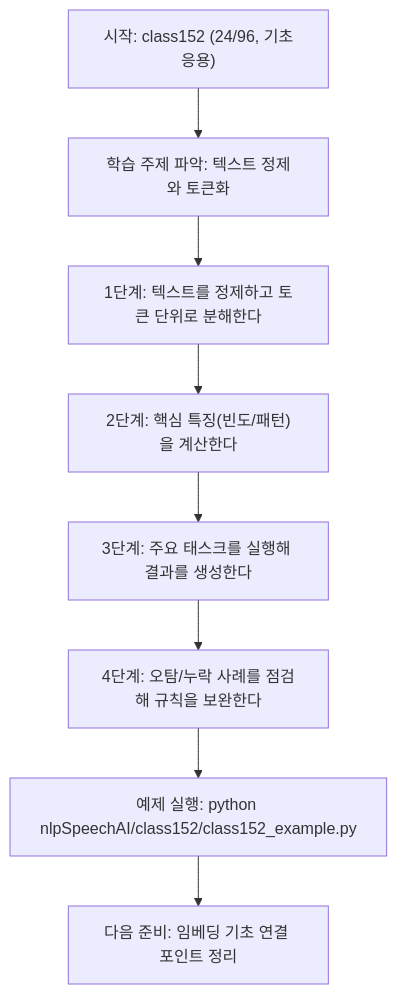
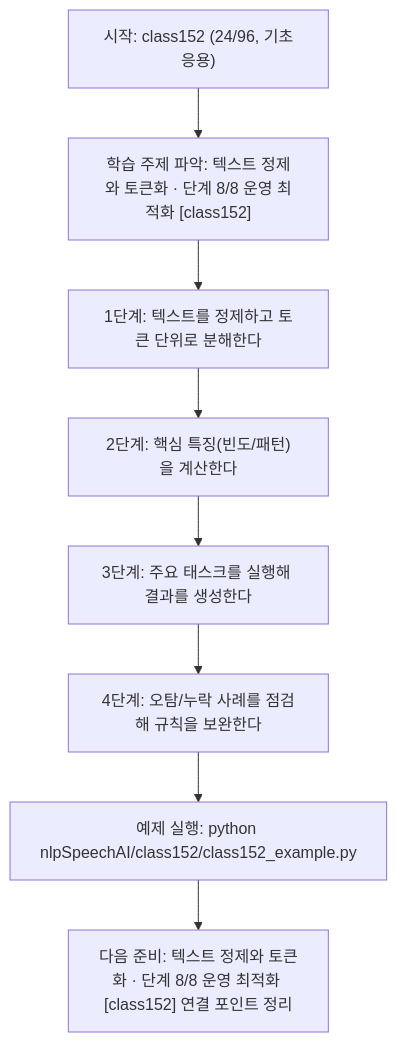
Before and after one commit to edumgt/Python-AI_Agent-Class: the diagram in nlpSpeechAI/class152/class152.md, drawn with Mermaid. The commit also changed other lines of this file and 522 other files, not shown here.

````diff
--- a/nlpSpeechAI/class152/class152.md
+++ b/nlpSpeechAI/class152/class152.md
@@ -113,18 +114,18 @@
 ```mermaid
 flowchart TD
 N1["시작: class152 (24/96, 기초응용)"]
-N2["학습 주제 파악: 텍스트 정제와 토큰화"]
+N2["학습 주제 파악: 텍스트 정제와 토큰화 · 단계 8/8 운영 최적화 [class152]"]
 N3["1단계: 텍스트를 정제하고 토큰 단위로 분해한다"]
 N4["2단계: 핵심 특징(빈도/패턴)을 계산한다"]
 N5["3단계: 주요 태스크를 실행해 결과를 생성한다"]
 N6["4단계: 오탐/누락 사례를 점검해 규칙을 보완한다"]
 N7["예제 실행: python nlpSpeechAI/class152/class152_example.py"]
-N8["다음 준비: 임베딩 기초 연결 포인트 정리"]
+N8["다음 준비: 텍스트 정제와 토큰화 · 단계 8/8 운영 최적화 [class152] 연결 포인트 정리"]
 N1 --> N2
 N2 --> N3
 N3 --> N4
 N4 --> N5
 N5 --> N6
 N6 --> N7
 N7 --> N8
 ```
````
